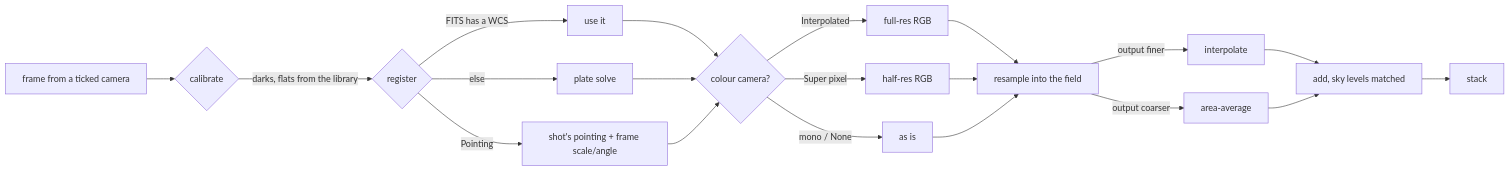
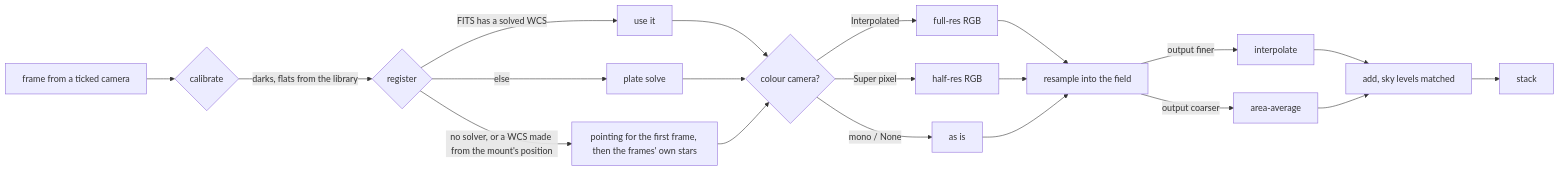
Before and after one commit to UltraGeekDEV/ELink-Astro: the third of 3 diagrams in docs/user-guide.md, drawn with Mermaid. The commit also changed other lines of this file and 13 other files, not shown here.

Commit message:
Real-data fixes: frames lined up by their stars when there is no solver or the WCS is only the mount's position (INDI's), brightness matching by stars' light, empty parts of the stack stay empty and the picture is cut to the data; RealDataTests for your own frames

````diff
--- a/docs/user-guide.md
+++ b/docs/user-guide.md
@@ -339,17 +339,17 @@
 ```mermaid
 flowchart LR
     F[frame from a ticked camera] --> K{calibrate}
     K -->|darks, flats from the library| R
     R{register}
-    R -->|FITS has a WCS| W[use it]
+    R -->|FITS has a solved WCS| W[use it]
     R -->|else| S[plate solve]
-    R -->|Pointing| P[shot's pointing + frame scale/angle]
+    R -->|no solver, or a WCS made from the mount's position| P[pointing for the first frame, then the frames' own stars]
     W & S & P --> C{colour camera?}
     C -->|Interpolated| CI[full-res RGB]
     C -->|Super pixel| CS[half-res RGB]
     C -->|mono / None| CM[as is]
     CI & CS & CM --> X[resample into the field]
     X -->|output finer| U[interpolate]
     X -->|output coarser| D[area-average]
     U & D --> A[add, sky levels matched] --> V[stack]
 ```
````
